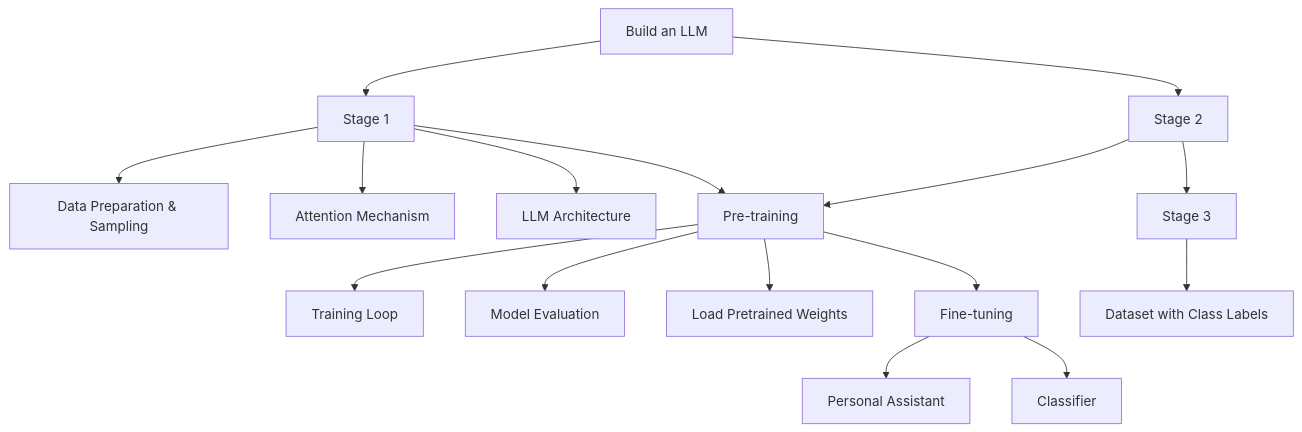
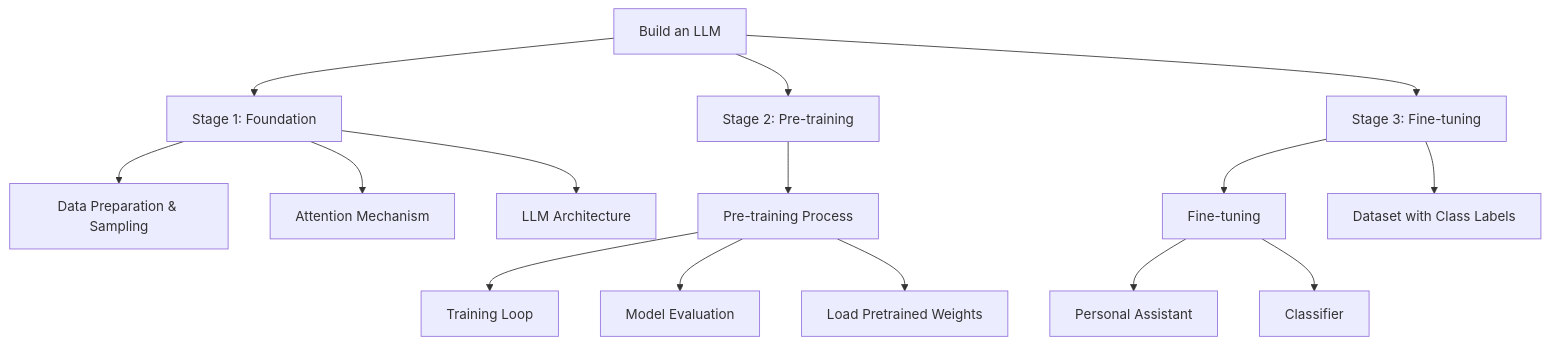
The diagram in Week1/LLM_Studies-Nov-17-2024.md (awdemos/LLMNotes), drawn with Mermaid before and after one commit. The commit also changed 5 other files, not shown here.

````diff
--- a/Week1/LLM_Studies-Nov-17-2024.md
+++ b/Week1/LLM_Studies-Nov-17-2024.md
@@ -79,18 +79,21 @@
 ```mermaid
-graph TD;
-A["Build an LLM"] --> B["Stage 1"];
-B --> C["Data Preparation & Sampling"];
-B --> D["Attention Mechanism"];
-B --> E["LLM Architecture"];
-B --> F["Pre-training"];
-F --> G["Training Loop"];
-F --> H["Model Evaluation"];
-F --> I["Load Pretrained Weights"];
-F --> J["Fine-tuning"];
-J --> K["Personal Assistant"];
-J --> L["Classifier"];
-A --> M["Stage 2"];
-M --> F;
-M --> N["Stage 3"];
-N --> O["Dataset with Class Labels"];
+graph TD
+    A["Build an LLM"] --> B["Stage 1: Foundation"]
+    A --> M["Stage 2: Pre-training"]
+    A --> N["Stage 3: Fine-tuning"]
+
+    B --> C["Data Preparation & Sampling"]
+    B --> D["Attention Mechanism"]
+    B --> E["LLM Architecture"]
+
+    M --> F["Pre-training Process"]
+    F --> G["Training Loop"]
+    F --> H["Model Evaluation"]
+    F --> I["Load Pretrained Weights"]
+
+    N --> J["Fine-tuning"]
+    J --> K["Personal Assistant"]
+    J --> L["Classifier"]
+
+    N --> O["Dataset with Class Labels"]
 ```
````
